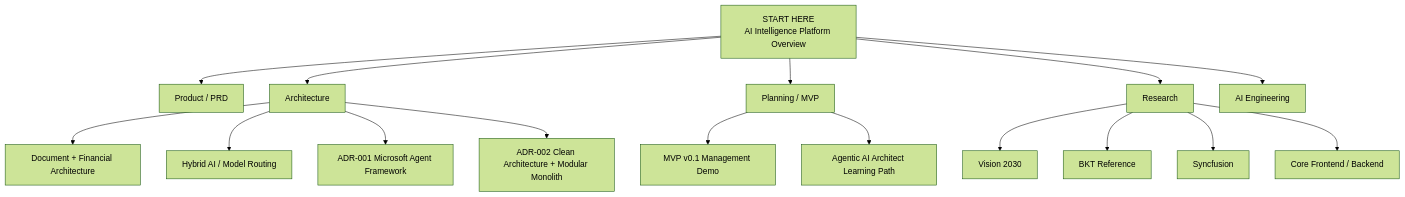
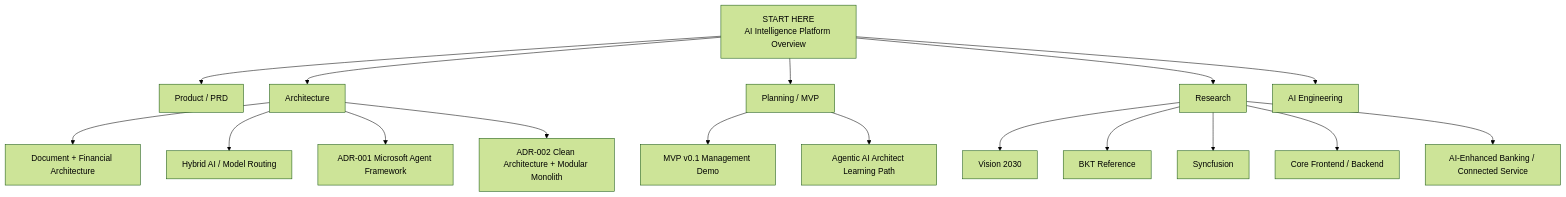
Before and after one commit to Milancho/ai-engineering-playbook: diagram 14 of 15 in docs/AI-Intelligence-Platform-Overview.md, drawn with Mermaid (forest theme). The commit also changed other lines of this file, not shown here.

Commit message:
docs: refine big picture with connected Assistant Copilot Advisor model

````diff
--- a/docs/AI-Intelligence-Platform-Overview.md
+++ b/docs/AI-Intelligence-Platform-Overview.md
@@ -275,22 +415,23 @@
 ```mermaid
 flowchart TD
     A[START HERE<br/>AI Intelligence Platform Overview]
     A --> B[Product / PRD]
     A --> C[Architecture]
     A --> D[Planning / MVP]
     A --> E[Research]
     A --> F[AI Engineering]
 
     E --> E1[Vision 2030]
     E --> E2[BKT Reference]
     E --> E3[Syncfusion]
     E --> E4[Core Frontend / Backend]
+    E --> E5[AI-Enhanced Banking / Connected Service]
 
     C --> C1[Document + Financial Architecture]
     C --> C2[Hybrid AI / Model Routing]
     C --> C3[ADR-001 Microsoft Agent Framework]
     C --> C4[ADR-002 Clean Architecture + Modular Monolith]
 
     D --> D1[MVP v0.1 Management Demo]
     D --> D2[Agentic AI Architect Learning Path]
 ```
````
